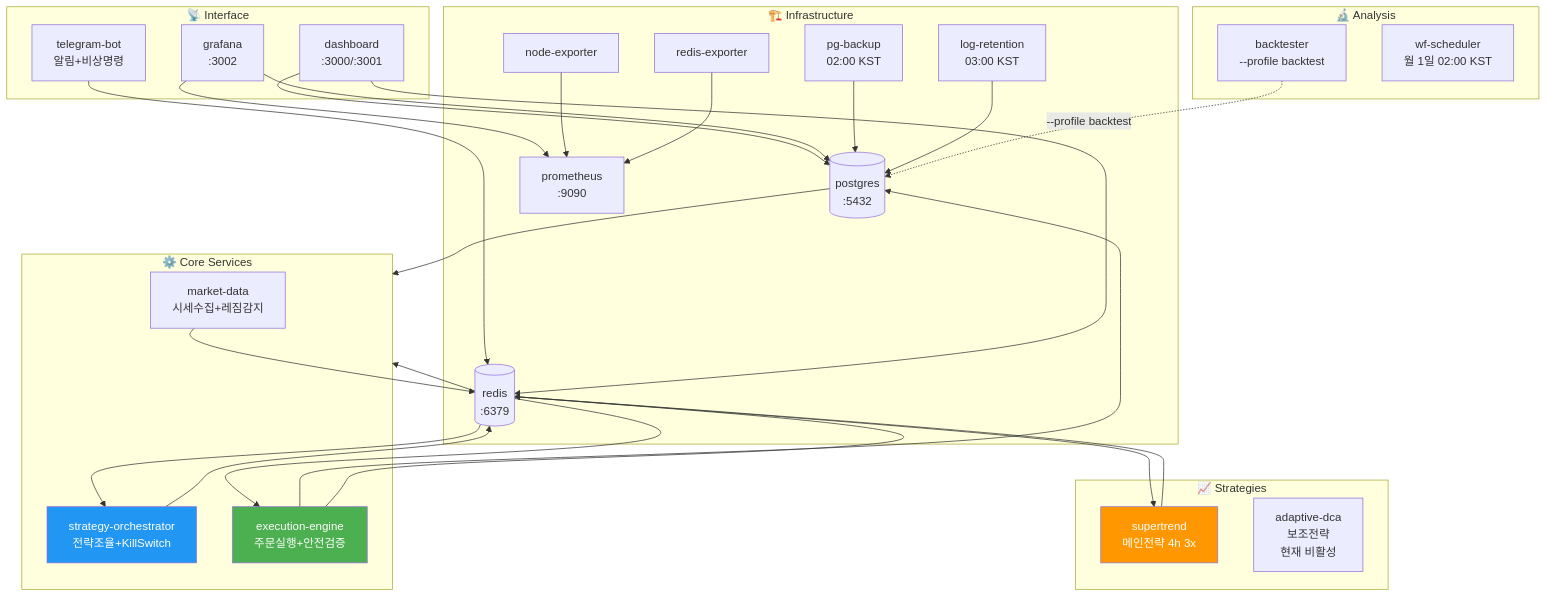
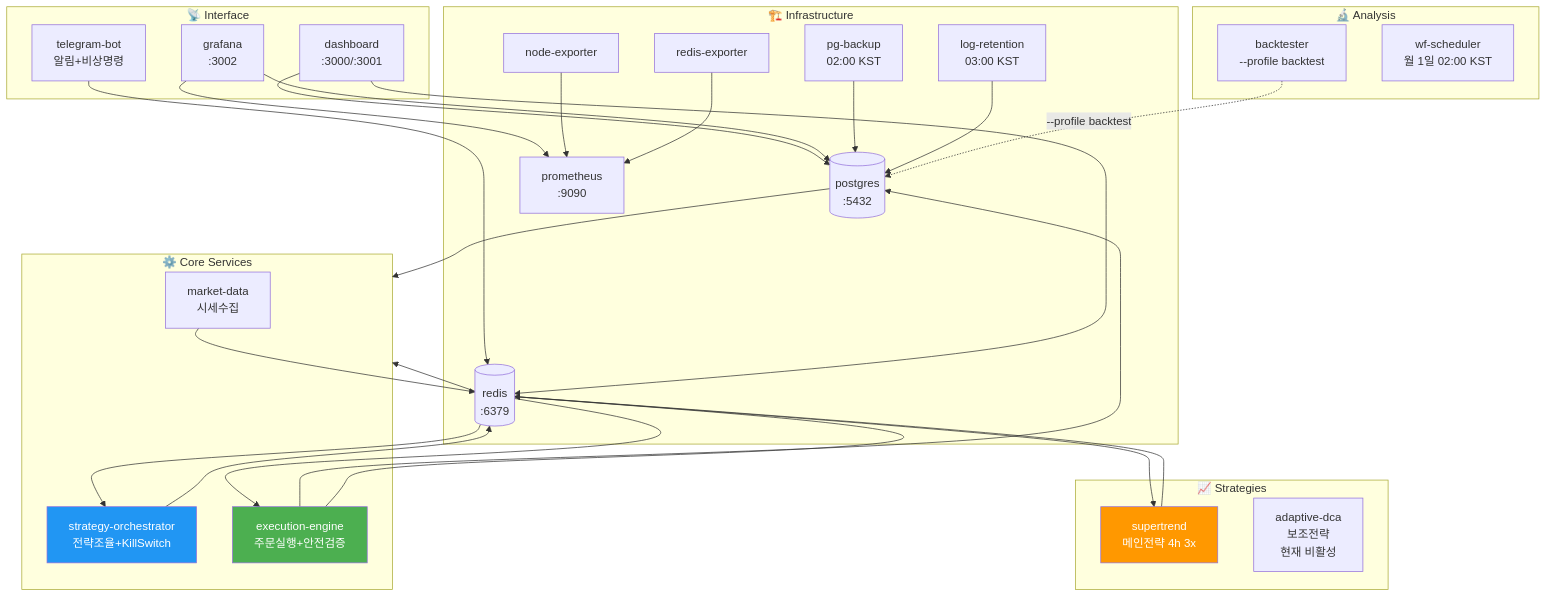
One commit to Justant-source/Bit-Mania changed the first of 3 diagrams in docs/structure/services.md. Above: the diagram before and after it, drawn with Mermaid. The commit also changed other lines of this file and 37 other files, not shown here.

````diff
--- a/docs/structure/services.md
+++ b/docs/structure/services.md
@@ -20,54 +20,54 @@
 ```mermaid
 graph TD
     subgraph infra["🏗️ Infrastructure"]
         PG[(postgres\n:5432)]
         RD[(redis\n:6379)]
         PROM[prometheus\n:9090]
         NE[node-exporter]
         RE[redis-exporter]
         PGB[pg-backup\n02:00 KST]
         LR[log-retention\n03:00 KST]
     end
 
     subgraph core["⚙️ Core Services"]
-        MD[market-data\n시세수집+레짐감지]
+        MD[market-data\n시세수집]
         ORC[strategy-orchestrator\n전략조율+KillSwitch]
         ENG[execution-engine\n주문실행+안전검증]
     end
 
     subgraph strat["📈 Strategies"]
         ST[supertrend\n메인전략 4h 3x]
         DCA[adaptive-dca\n보조전략\n현재 비활성]
     end
 
 
     subgraph iface["📡 Interface"]
         TG[telegram-bot\n알림+비상명령]
         DASH[dashboard\n:3000/:3001]
         GF[grafana\n:3002]
     end
 
     subgraph analysis["🔬 Analysis"]
         BT[backtester\n--profile backtest]
         WF[wf-scheduler\n월 1일 02:00 KST]
     end
 
     PG & RD --> core
     MD --> RD
     RD --> ORC & ST
     ORC --> RD
     ST --> RD
     RD --> ENG
     ENG --> PG & RD
     TG --> RD
     DASH --> PG & RD
     GF --> PG & PROM
     NE & RE --> PROM
     PGB --> PG
     LR --> PG
     BT -.->|"--profile backtest"| PG
 
     style ST fill:#ff9800,color:#fff
     style ENG fill:#4caf50,color:#fff
     style ORC fill:#2196f3,color:#fff
 ```
````
